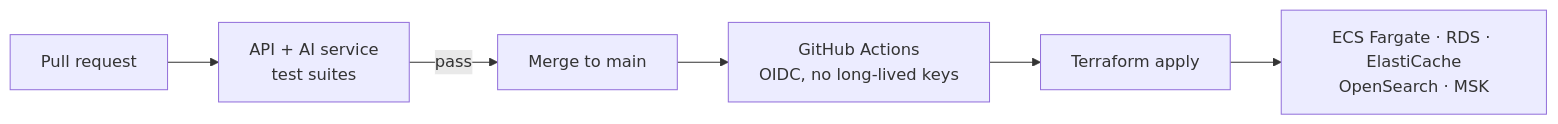
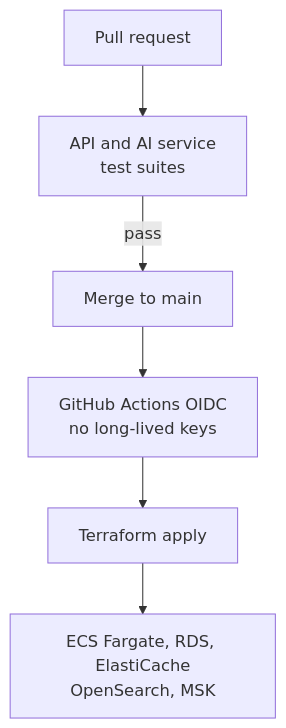
Before and after one commit to Suraj854204/Suraj854204: the fourth of 8 diagrams in README.md, drawn with Mermaid. The commit also changed other lines of this file, not shown here.

````diff
--- a/README.md
+++ b/README.md
@@ -217,8 +188,8 @@
 ```mermaid
-flowchart LR
-    PR["Pull request"] --> T["API + AI service<br/>test suites"]
+flowchart TD
+    PR["Pull request"] --> T["API and AI service<br/>test suites"]
     T -->|pass| M["Merge to main"]
-    M --> OIDC["GitHub Actions<br/>OIDC, no long-lived keys"]
+    M --> OIDC["GitHub Actions OIDC<br/>no long-lived keys"]
     OIDC --> TF["Terraform apply"]
-    TF --> AWS["ECS Fargate · RDS · ElastiCache<br/>OpenSearch · MSK"]
+    TF --> AWS["ECS Fargate, RDS, ElastiCache<br/>OpenSearch, MSK"]
 ```
````
